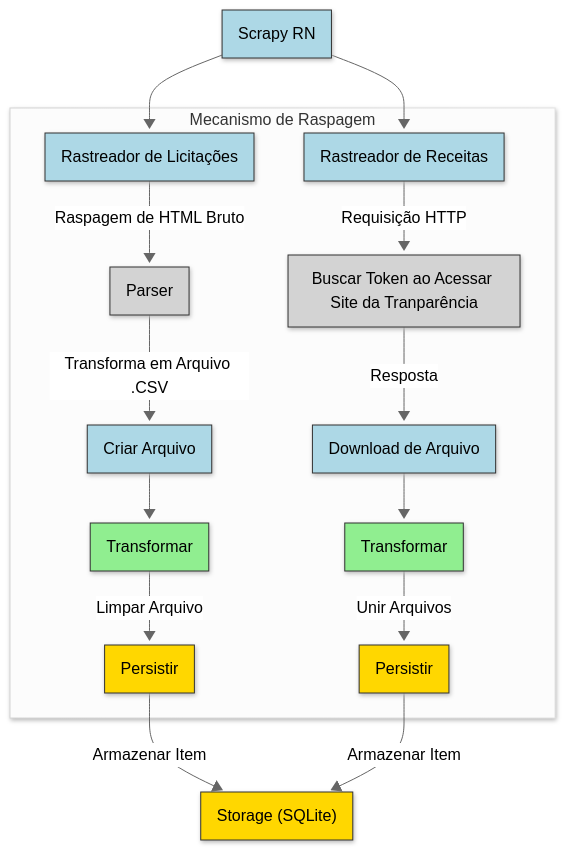
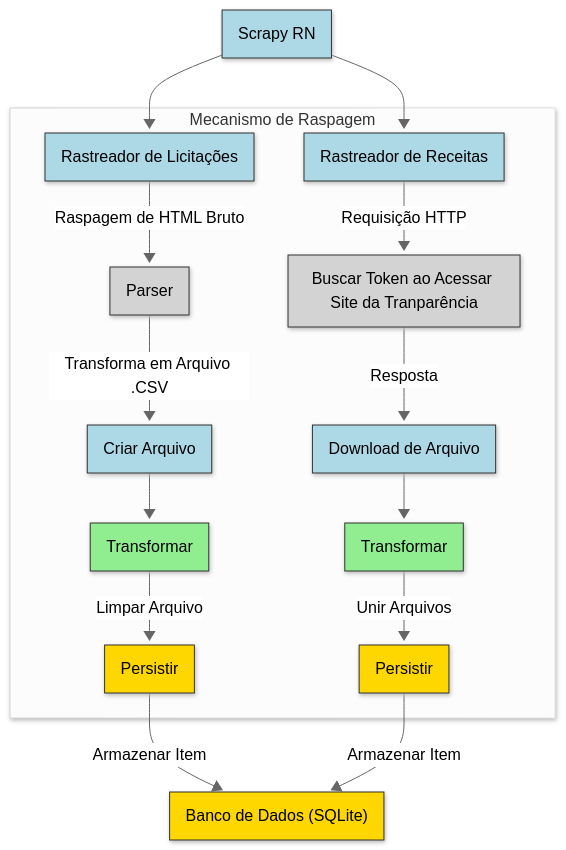
The diagram in README.md (anunciado/INF0233-ScrapyRN), drawn with Mermaid (neutral theme) before and after one commit.

Commit message:
feat: melhorando README.md

````diff
--- a/README.md
+++ b/README.md
@@ -52,66 +52,66 @@
 ```mermaid
 ---
 config:
   layout: dagre
   look: neo
 ---
 flowchart TB
  subgraph subGraph1["Mecanismo de Raspagem"]
         Spider["Rastreador de Licitações"]
         Middleware["Download de Arquivo"]
         Parser["Parser"]
         n2@{ label: "<span style=\"color:#000000\">Rastreador de Receitas</span>" }
         ExternalSite["Buscar Token ao Acessar Site da Tranparência"]
         n3["Transformar"]
         n4["Persistir"]
         Validate["Transformar"]
         PersistStage["Persistir"]
         n6["Criar Arquivo"]
   end
     Scheduler["Scrapy RN"] -- <br> --> Spider
     ExternalSite -- Resposta --> Middleware
     Middleware -- <br> --> n3
     Spider -- Raspagem de HTML Bruto --> Parser
-    PersistStage -- Armazenar Item --> Storage["Storage (SQLite)"]
+    PersistStage -- Armazenar Item --> Storage["Banco de Dados (SQLite)"]
     Validate -- "<span style=color:>Limpar Arquivo</span>" --> PersistStage
     Scheduler --> n2
     n2 -- "<span style=color:>Requisição HTTP</span>" --> ExternalSite
     n3 -- "<span style=color:>Unir Arquivos</span>" --> n4
     n4 -- "<span style=color:>Armazenar Item</span>" --> Storage
     Parser -- "<span style=color:>Transforma em Arquivo .CSV</span>" --> n6
     n6 -- <br> --> Validate
     n2@{ shape: rect}
     n3@{ shape: rect}
     n4@{ shape: rect}
     n6@{ shape: rect}
      Spider:::network
      Middleware:::network
      Parser:::processing
      Parser:::external
      n2:::network
      ExternalSite:::external
      n3:::processing
      n4:::storage
      Validate:::processing
      PersistStage:::storage
      n6:::network
      Scheduler:::network
      Storage:::storage
     classDef processing fill:#90EE90,stroke:#333,stroke-width:1px
     classDef storage fill:#FFD700,stroke:#333,stroke-width:1px
     classDef config fill:#D8BFD8,stroke:#333,stroke-width:1px
     classDef external fill:#D3D3D3, stroke:#333, stroke-width:1px
     classDef network fill:#ADD8E6, stroke:#333, stroke-width:1px
     style Spider color:#000000
     style Middleware color:#000000
     style Parser color:#000000
     style n2 color:#000000
     style ExternalSite color:#000000
     style n3 color:#000000
     style n4 color:#000000
     style Validate color:#000000
     style PersistStage color:#000000
     style n6 color:#000000
     style Scheduler color:#000000
     style Storage color:#000000
 ```
````
